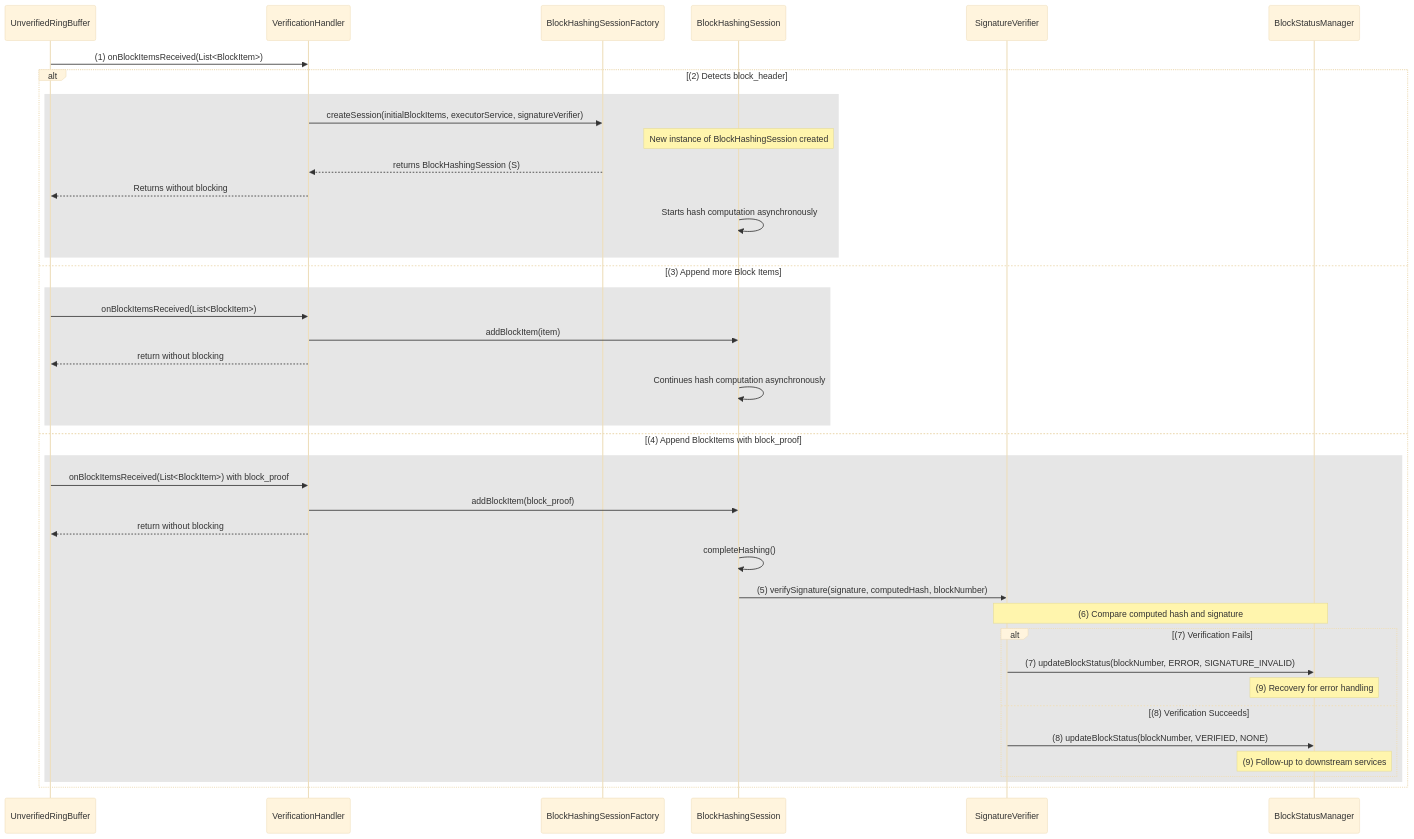
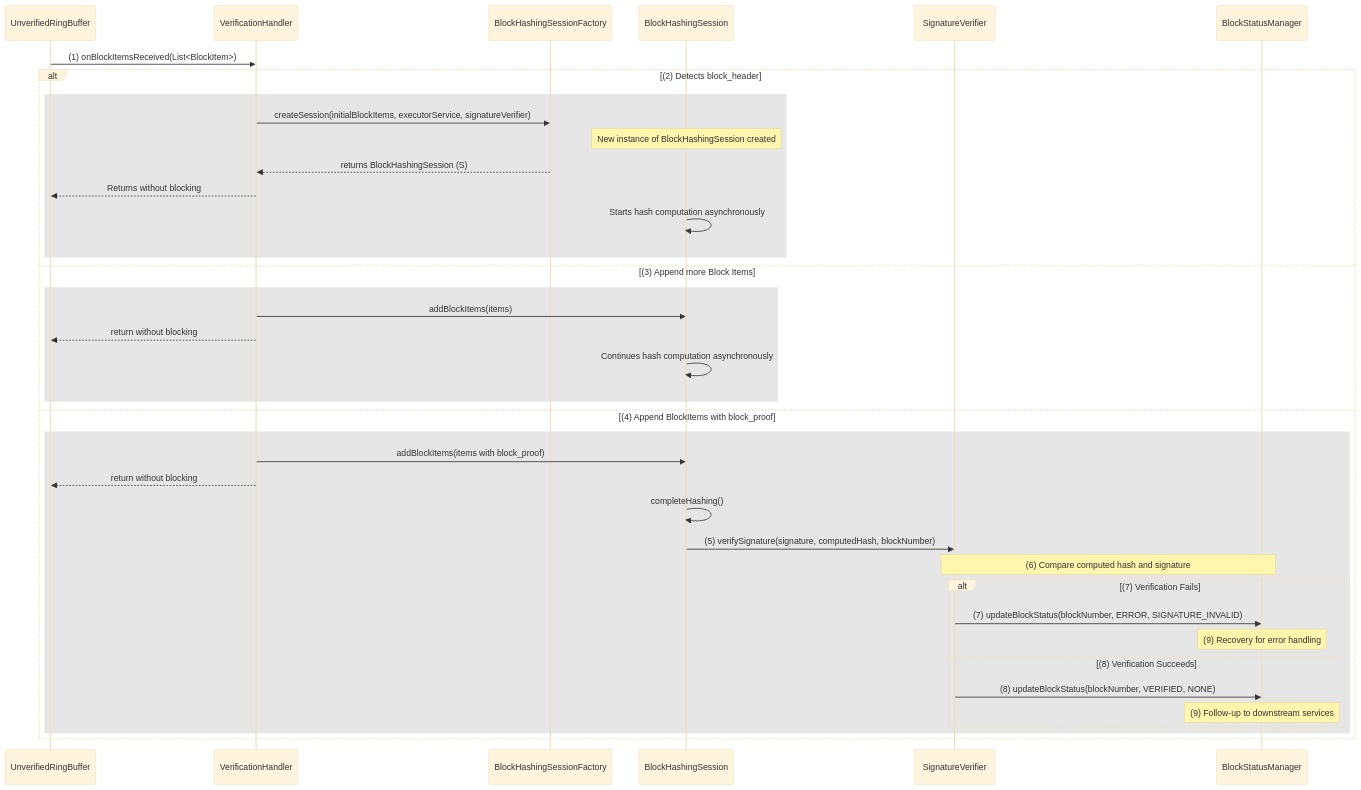
The diagram in server/docs/design/block-verification.md (hashgraph/hedera-block-node), drawn with Mermaid (base theme) before and after one commit.

Commit message:
further simplification and cleaning of diagram

````diff
--- a/server/docs/design/block-verification.md
+++ b/server/docs/design/block-verification.md
@@ -69,50 +69,46 @@
 ```mermaid
 sequenceDiagram
     participant U as UnverifiedRingBuffer
     participant V as VerificationHandler
     participant F as BlockHashingSessionFactory
     participant S as BlockHashingSession
     participant SV as SignatureVerifier
     participant BSM as BlockStatusManager
 
         
     U->>V: (1) onBlockItemsReceived(List<BlockItem>)        
     
     alt (2) Detects block_header
     rect rgb(230, 230, 230)
     V->>F: createSession(initialBlockItems, executorService, signatureVerifier)
     Note over S: New instance of BlockHashingSession created
     F-->>V: returns BlockHashingSession (S)
     V-->>U: Returns without blocking
     S->>S: Starts hash computation asynchronously
     end
     else (3) Append more Block Items
     rect rgb(230, 230, 230)
-    U->>V: onBlockItemsReceived(List<BlockItem>)    
-    V->>S: addBlockItem(item)
+    V->>S: addBlockItems(items)
     V-->>U: return without blocking
     S->>S: Continues hash computation asynchronously
     end
 
     else (4) Append BlockItems with block_proof
     rect rgb(230, 230, 230)
-    U->>V: onBlockItemsReceived(List<BlockItem>) with block_proof
-    V->>S: addBlockItem(block_proof)
+    V->>S: addBlockItems(items with block_proof)
     V-->>U: return without blocking    
     S->>S: completeHashing()   
 
     S->>SV: (5) verifySignature(signature, computedHash, blockNumber)    
 
     Note over SV,BSM: (6) Compare computed hash and signature
     alt (7) Verification Fails
       SV->>BSM: (7) updateBlockStatus(blockNumber, ERROR, SIGNATURE_INVALID)
       Note over BSM: (9) Recovery for error handling
     else (8) Verification Succeeds
       SV->>BSM: (8) updateBlockStatus(blockNumber, VERIFIED, NONE)
       Note over BSM: (9) Follow-up to downstream services
     end
     end
     end
-    
-
 ```
````
